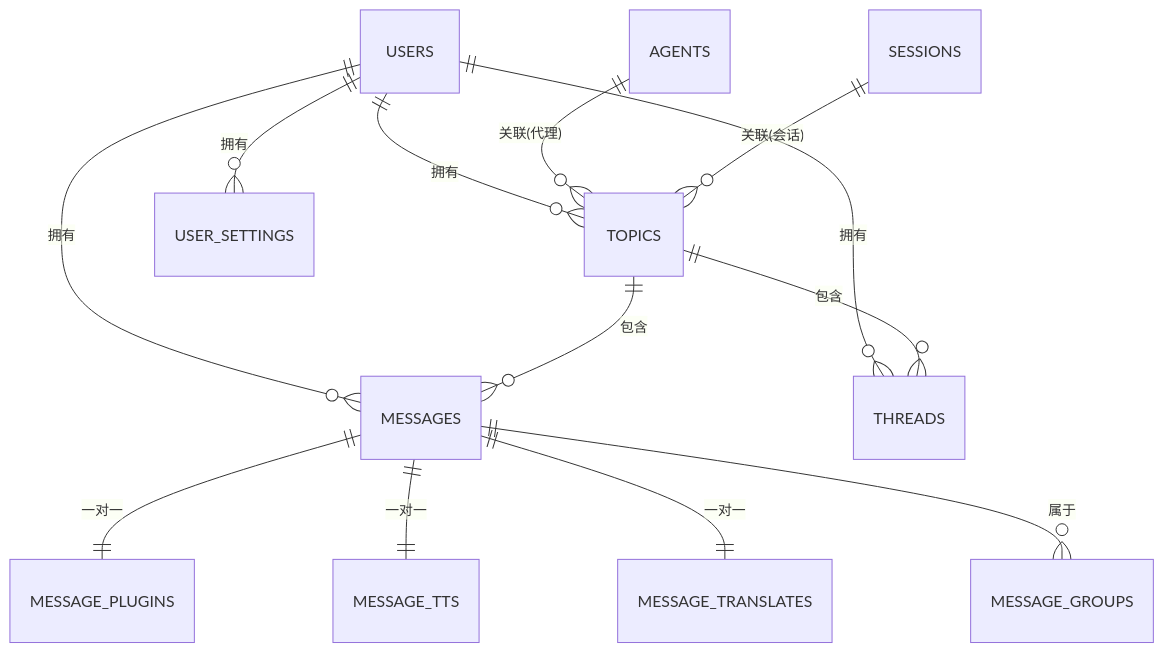
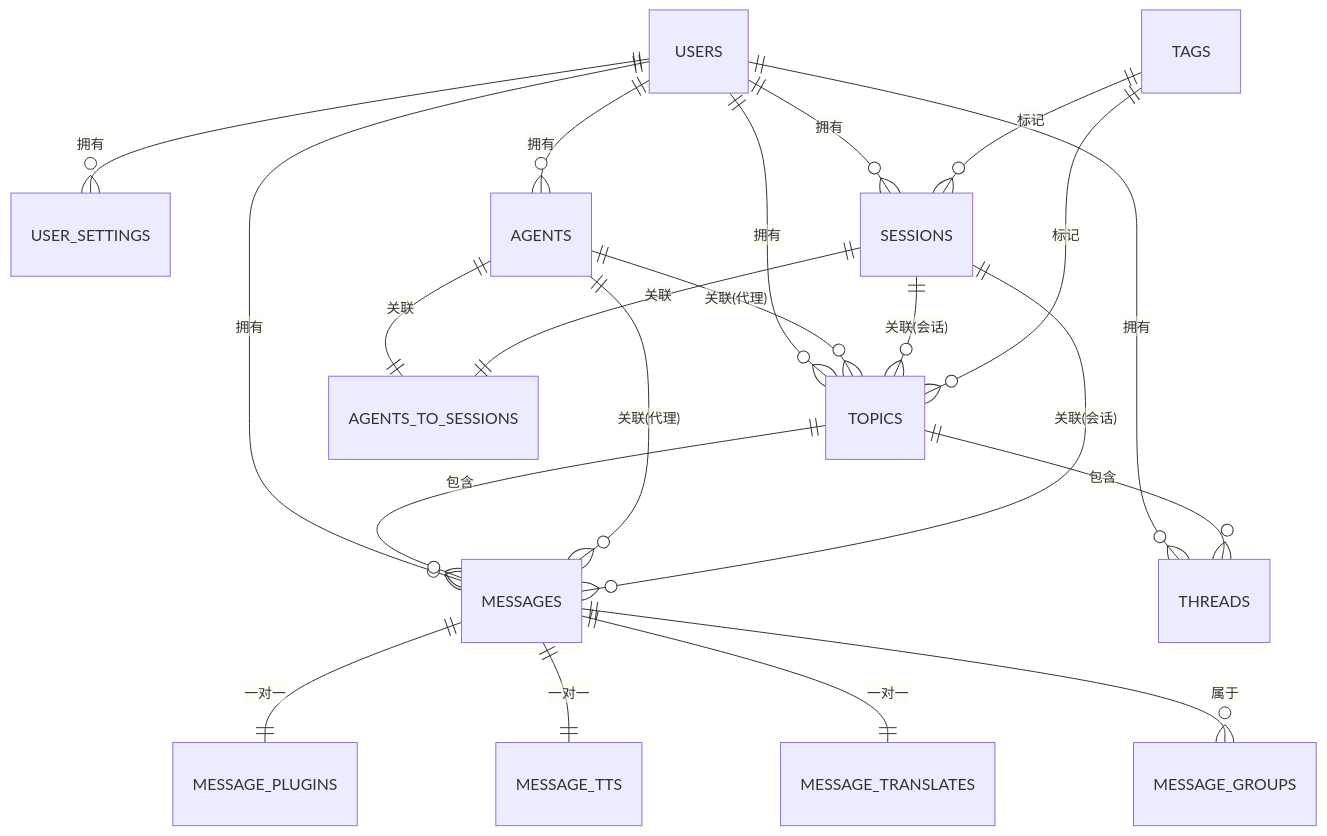
One commit to AvatoLabs/avato changed the third of 9 diagrams in .qoder/repowiki/zh/content/数据库设计/数据库设计.md. Above: the diagram before and after it, drawn with Mermaid. The commit also changed other lines of this file and 158 other files, not shown here.

````diff
--- a/.qoder/repowiki/zh/content/数据库设计/数据库设计.md
+++ b/.qoder/repowiki/zh/content/数据库设计/数据库设计.md
@@ -130,15 +171,23 @@
 ```mermaid
 erDiagram
 USERS ||--o{ TOPICS : "拥有"
 USERS ||--o{ MESSAGES : "拥有"
 USERS ||--o{ THREADS : "拥有"
 USERS ||--o{ USER_SETTINGS : "拥有"
+USERS ||--o{ SESSIONS : "拥有"
+USERS ||--o{ AGENTS : "拥有"
 TOPICS ||--o{ MESSAGES : "包含"
 TOPICS ||--o{ THREADS : "包含"
 AGENTS ||--o{ TOPICS : "关联(代理)"
+AGENTS ||--o{ MESSAGES : "关联(代理)"
 SESSIONS ||--o{ TOPICS : "关联(会话)"
+SESSIONS ||--o{ MESSAGES : "关联(会话)"
+AGENTS ||--|| AGENTS_TO_SESSIONS : "关联"
+SESSIONS ||--|| AGENTS_TO_SESSIONS : "关联"
 MESSAGES ||--|| MESSAGE_PLUGINS : "一对一"
 MESSAGES ||--|| MESSAGE_TTS : "一对一"
 MESSAGES ||--|| MESSAGE_TRANSLATES : "一对一"
 MESSAGES ||--o{ MESSAGE_GROUPS : "属于"
+TAGS ||--o{ SESSIONS : "标记"
+TAGS ||--o{ TOPICS : "标记"
 ```
````
